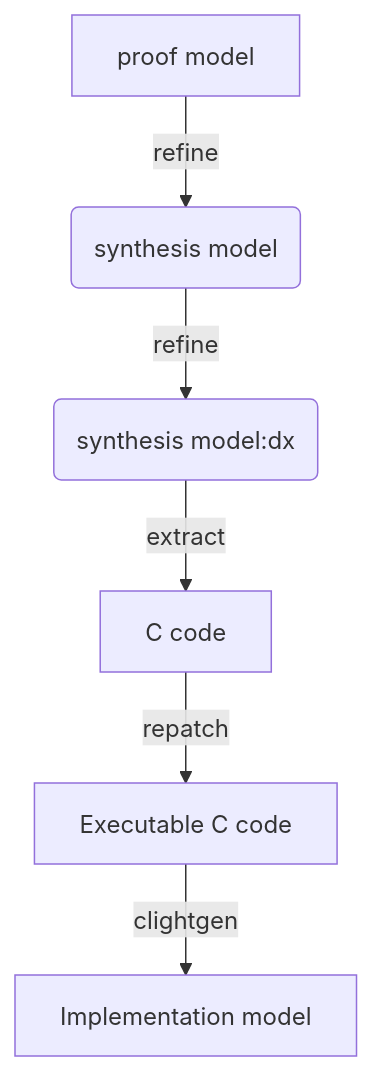
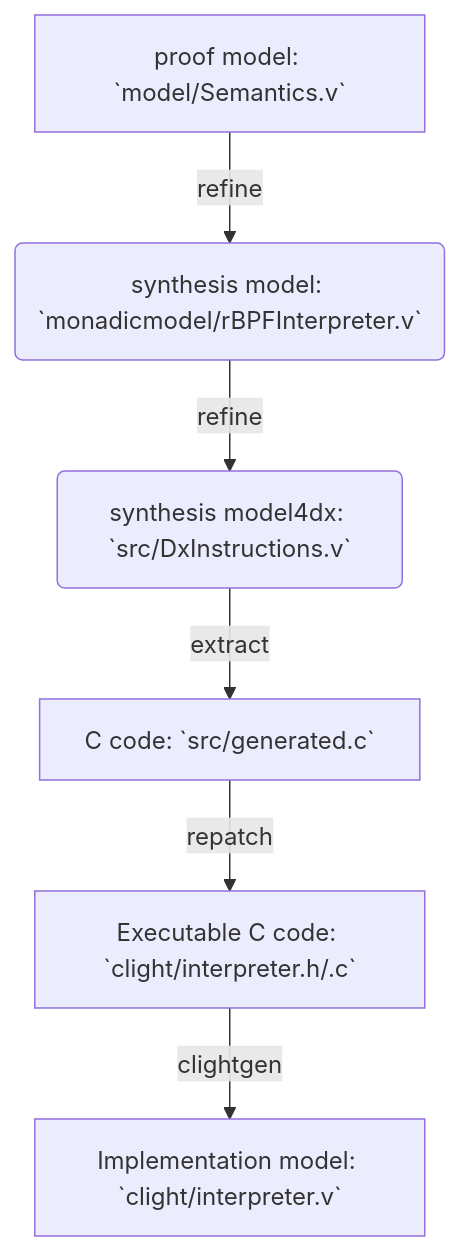
Before and after one commit to future-proof-iot/CertFC: the first of 2 diagrams in README.md, drawn with Mermaid. The commit also changed other lines of this file, not shown here.

Commit message:
adding folders info to the workflow in readme

````diff
--- a/README.md
+++ b/README.md
@@ -46,8 +46,8 @@
 ```mermaid
 graph TD;
-    A[proof model] -->|refine| B(synthesis model);
-    B -->|refine| C(synthesis model:dx);
-    C -->|extract| D[C code];
-    D -->|repatch| E[Executable C code];
-    E -->|clightgen| F[Implementation model];
+    A[proof model: `model/Semantics.v`] -->|refine| B(synthesis model: `monadicmodel/rBPFInterpreter.v`);
+    B -->|refine| C(synthesis model4dx: `src/DxInstructions.v`);
+    C -->|extract| D[C code: `src/generated.c`];
+    D -->|repatch| E[Executable C code: `clight/interpreter.h/.c`];
+    E -->|clightgen| F[Implementation model: `clight/interpreter.v`];
 ```
````
